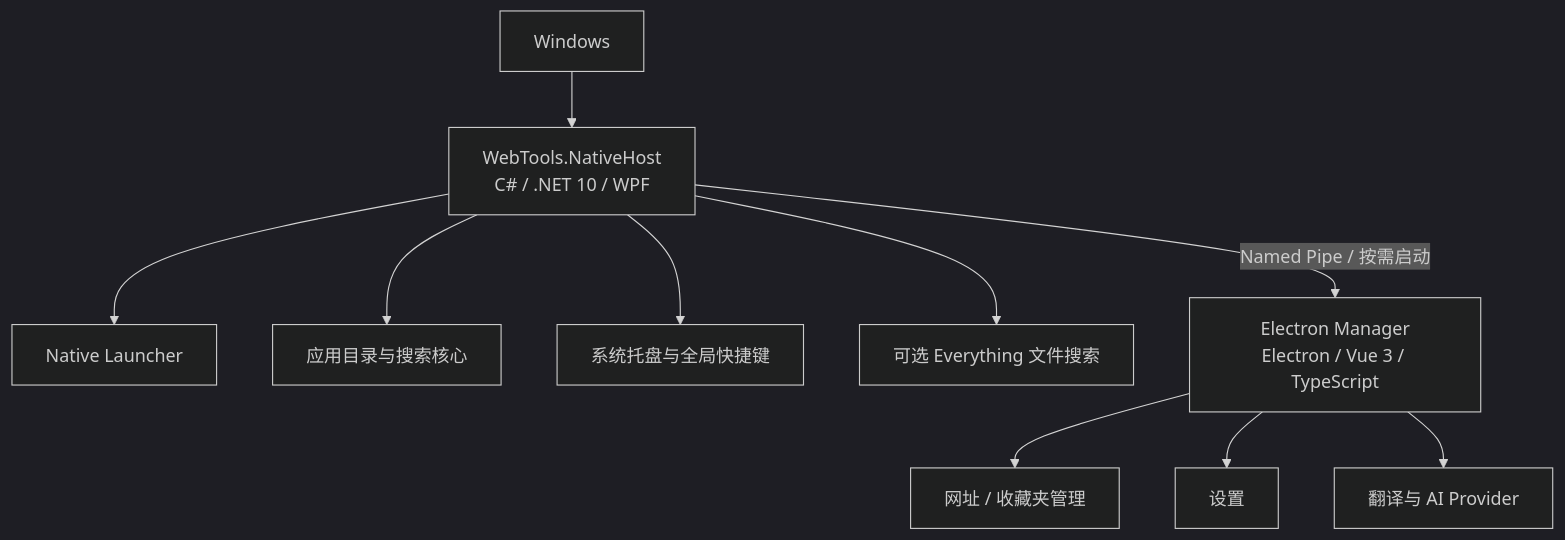
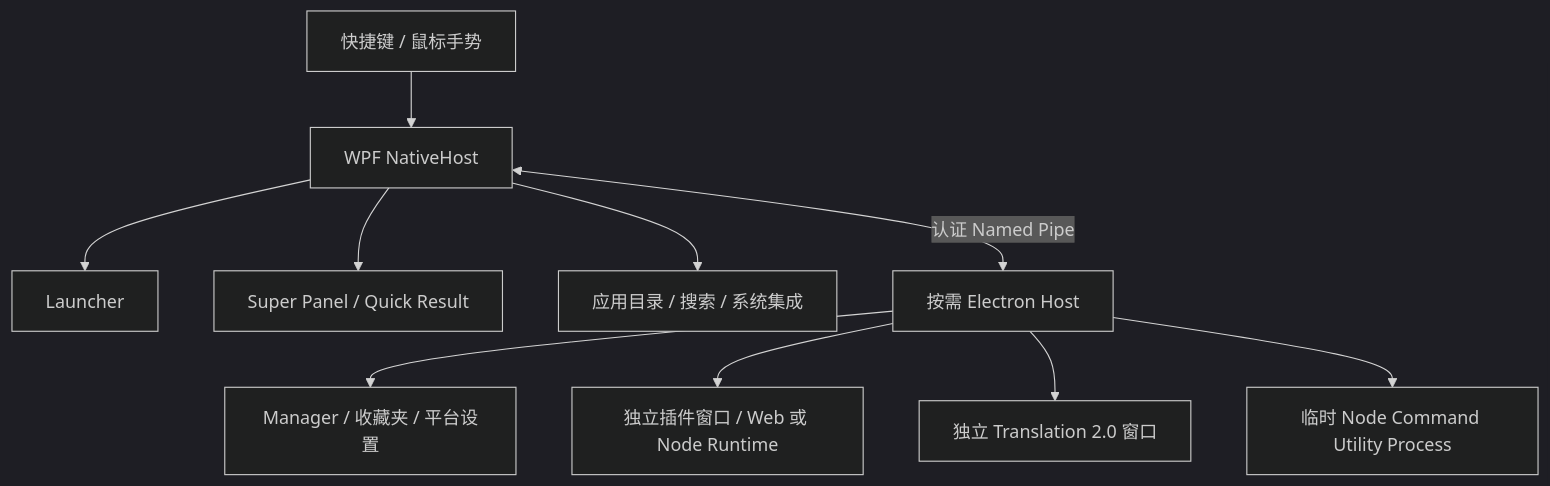
Before and after one commit to dbt64/webtools: the diagram in README.md, drawn with Mermaid (dark theme). The commit also changed other lines of this file and 460 other files, not shown here.

````diff
--- a/README.md
+++ b/README.md
@@ -33,12 +60,12 @@
 ```mermaid
 flowchart TD
-    Windows[Windows] --> NativeHost[WebTools.NativeHost<br/>C# / .NET 10 / WPF]
-    NativeHost --> Launcher[Native Launcher]
-    NativeHost --> Search[应用目录与搜索核心]
-    NativeHost --> Tray[系统托盘与全局快捷键]
-    NativeHost --> Everything[可选 Everything 文件搜索]
-    NativeHost -->|Named Pipe / 按需启动| Manager[Electron Manager<br/>Electron / Vue 3 / TypeScript]
-    Manager --> Websites[网址 / 收藏夹管理]
-    Manager --> Settings[设置]
-    Manager --> Translation[翻译与 AI Provider]
+    User[快捷键 / 鼠标手势] --> Native[WPF NativeHost]
+    Native --> Launcher[Launcher]
+    Native --> Panel[Super Panel / Quick Result]
+    Native --> Search[应用目录 / 搜索 / 系统集成]
+    Native <-->|认证 Named Pipe| Host[按需 Electron Host]
+    Host --> Manager[Manager / 收藏夹 / 平台设置]
+    Host --> Windows[独立插件窗口 / Web 或 Node Runtime]
+    Host --> Translation[独立 Translation 2.0 窗口]
+    Host --> Commands[临时 Node Command Utility Process]
 ```
````
